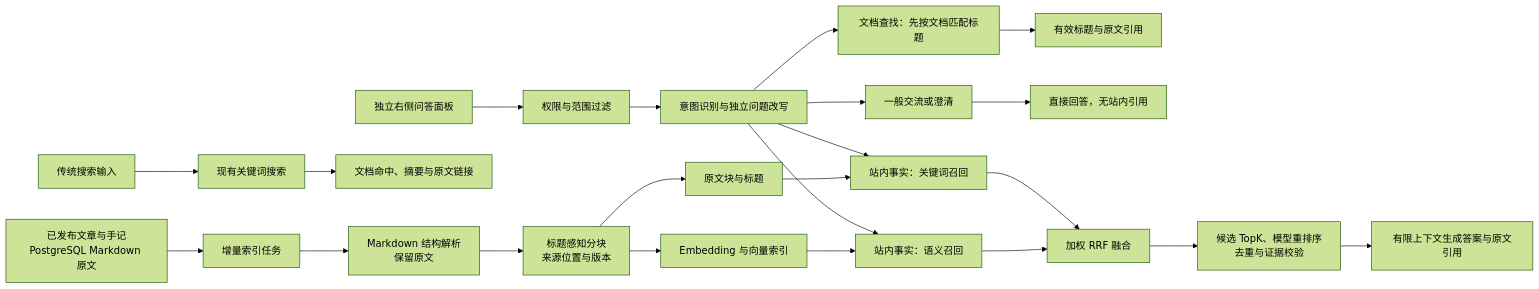
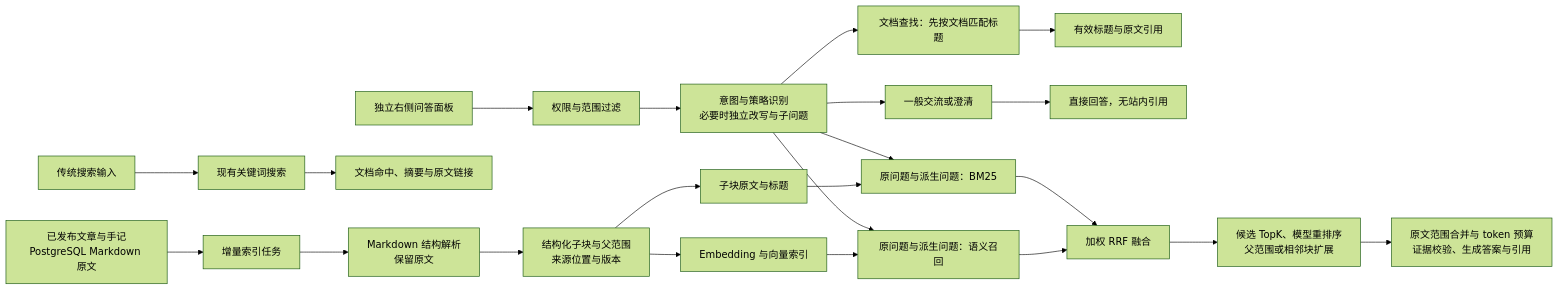
The diagram in RAG.md (shawns-yao/Blog), drawn with Mermaid (forest theme) before and after one commit. The commit also changed other lines of this file and 1 other file, not shown here.

````diff
--- a/RAG.md
+++ b/RAG.md
@@ -15,24 +15,24 @@
 ```mermaid
 flowchart LR
     A[已发布文章与手记<br/>PostgreSQL Markdown 原文] --> B[增量索引任务]
     B --> C[Markdown 结构解析<br/>保留原文]
-    C --> D[标题感知分块<br/>来源位置与版本]
-    D --> E[原文块与标题]
+    C --> D[结构化子块与父范围<br/>来源位置与版本]
+    D --> E[子块原文与标题]
     D --> F[Embedding 与向量索引]
     S[传统搜索输入] --> T[现有关键词搜索]
     T --> U[文档命中、摘要与原文链接]
     Q[独立右侧问答面板] --> G[权限与范围过滤]
-    G --> P[意图识别与独立问题改写]
+    G --> P[意图与策略识别<br/>必要时独立改写与子问题]
     P --> V[文档查找：先按文档匹配标题]
     V --> W[有效标题与原文引用]
     P --> X[一般交流或澄清]
     X --> Y[直接回答，无站内引用]
-    P --> H[站内事实：关键词召回]
-    P --> I[站内事实：语义召回]
+    P --> H[原问题与派生问题：BM25]
+    P --> I[原问题与派生问题：语义召回]
     E --> H
     F --> I
     H --> J[加权 RRF 融合]
     I --> J
-    J --> K[候选 TopK、模型重排序<br/>去重与证据校验]
-    K --> L[有限上下文生成答案与原文引用]
+    J --> K[候选 TopK、模型重排序<br/>父范围或相邻块扩展]
+    K --> L[原文范围合并与 token 预算<br/>证据校验、生成答案与引用]
 ```
````
